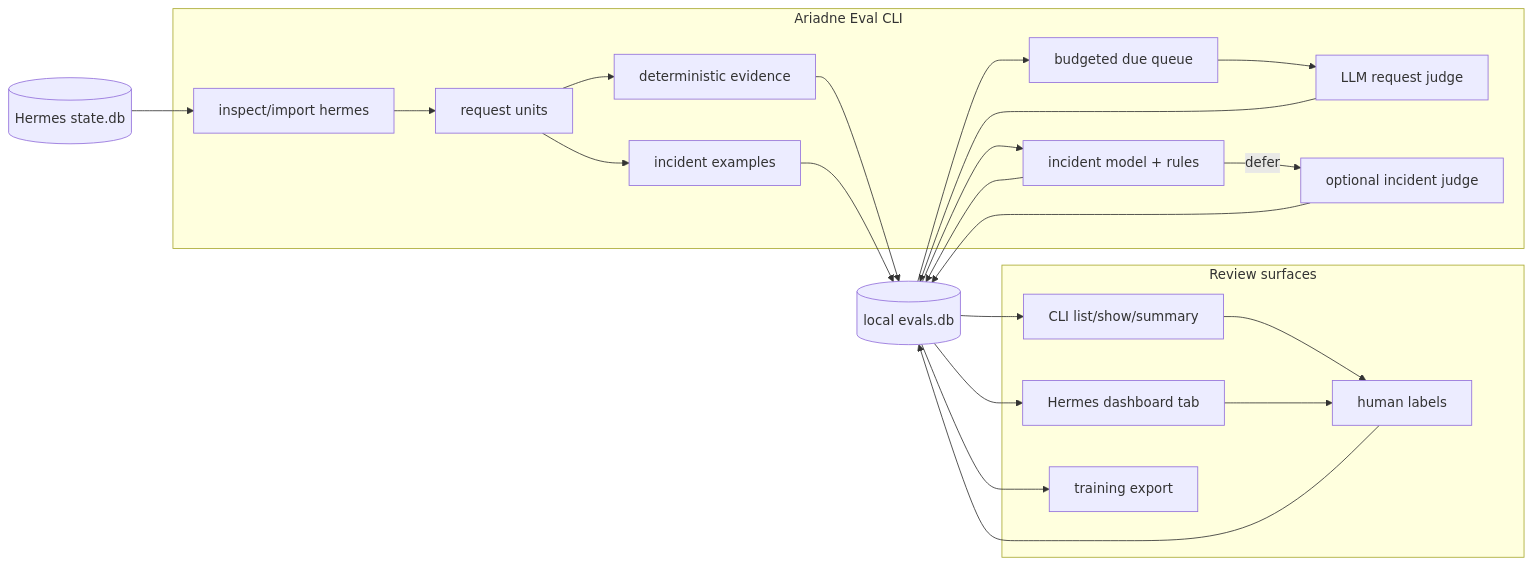
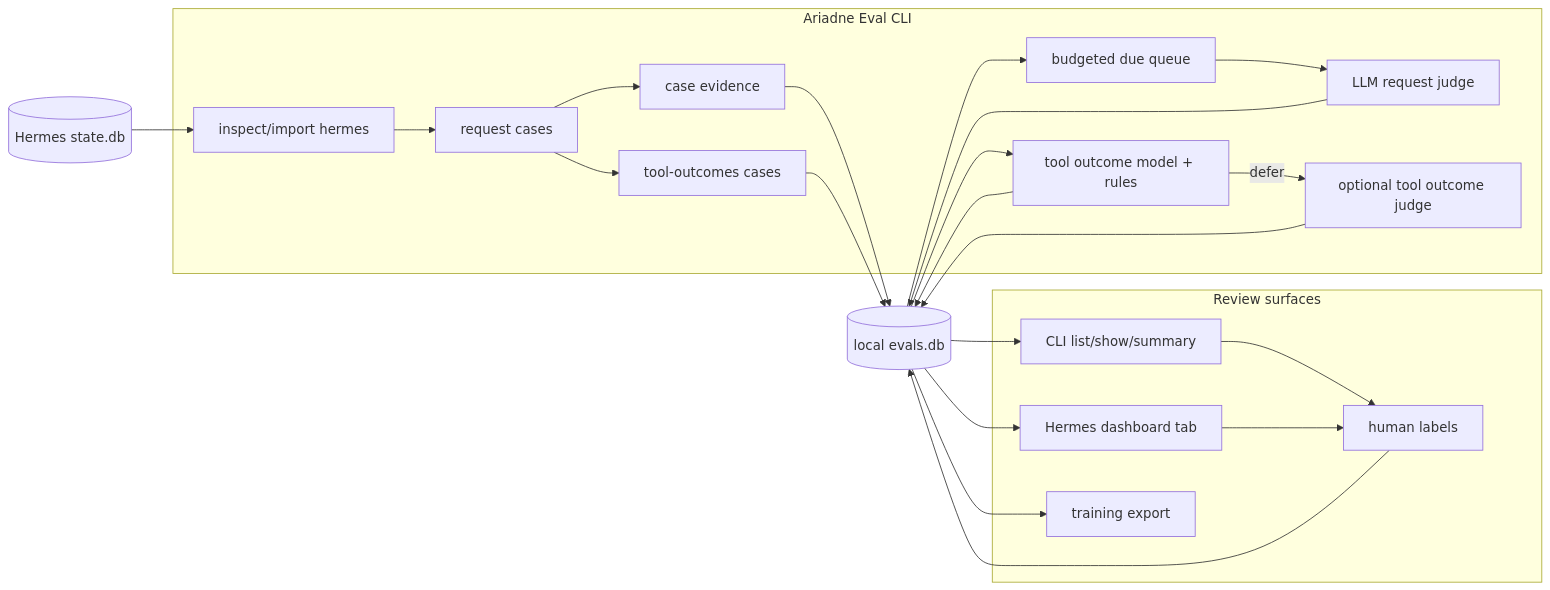
One commit to merlinhu1/ariadne-eval changed the diagram in README.md. Above: the diagram before and after it, drawn with Mermaid. The commit also changed other lines of this file and 165 other files, not shown here.

````diff
--- a/README.md
+++ b/README.md
@@ -33,37 +33,37 @@
 ```mermaid
 flowchart LR
     H[(Hermes state.db)]
 
     subgraph CLI[Ariadne Eval CLI]
         I[inspect/import hermes]
-        U[request units]
-        E[deterministic evidence]
-        X[incident examples]
+        U[request cases]
+        E[case evidence]
+        X[tool-outcomes cases]
         Q[budgeted due queue]
         RJ[LLM request judge]
-        IM[incident model + rules]
-        IJ[optional incident judge]
+        IM[tool outcome model + rules]
+        IJ[optional tool outcome judge]
     end
 
     DB[(local evals.db)]
 
     subgraph Review[Review surfaces]
         C[CLI list/show/summary]
         D[Hermes dashboard tab]
         L[human labels]
         T[training export]
     end
 
     H --> I --> U
     U --> E --> DB
     U --> X --> DB
     DB --> Q --> RJ --> DB
     DB --> IM --> DB
     IM -->|defer| IJ
     IJ --> DB
     DB --> C
     DB --> D
     C --> L --> DB
     D --> L
     DB --> T
 ```
````
